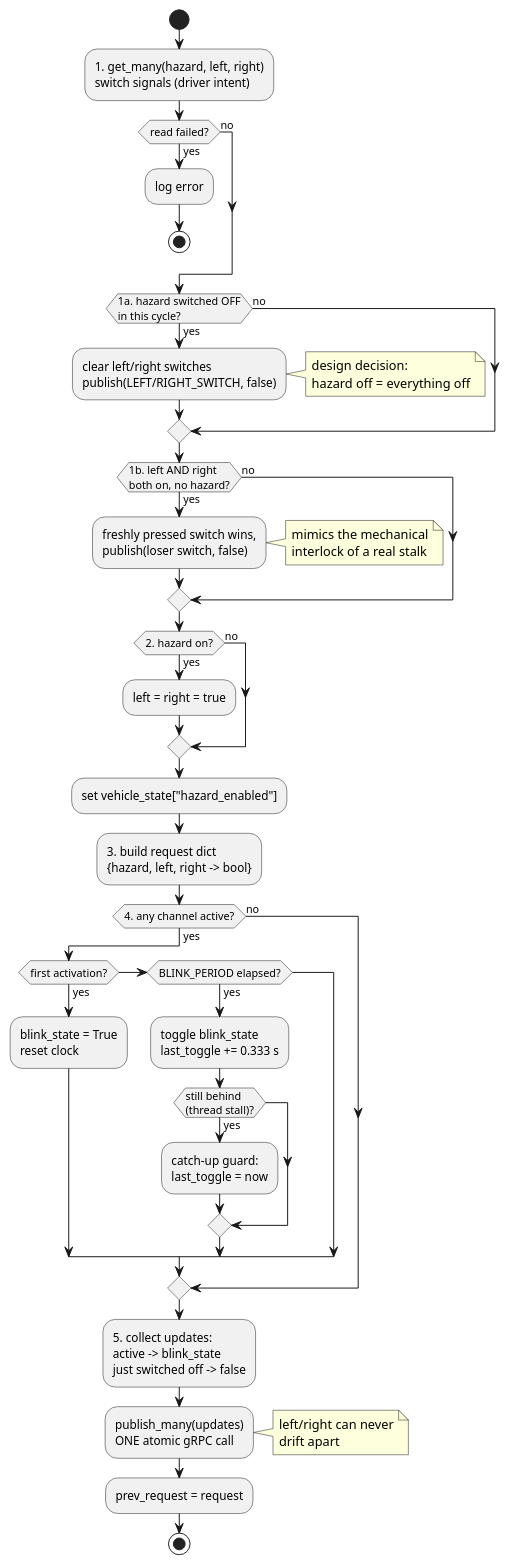
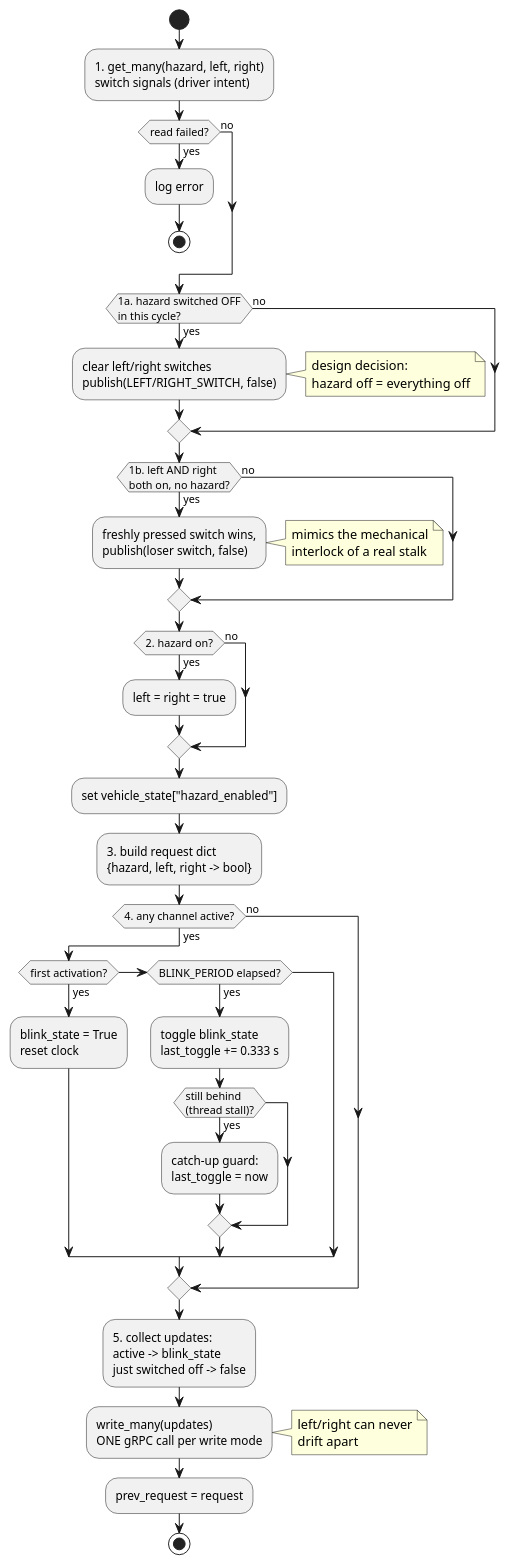
Before and after one commit to saskiazie/sdv_logic: the diagram in docs/activity_indicator_logic.puml, drawn with PlantUML. The commit also changed 10 other files, not shown here.

Commit message:
Add per-signal write mode for wired demonstrator

```diff
--- a/docs/activity_indicator_logic.puml
+++ b/docs/activity_indicator_logic.puml
@@ -1,67 +1,67 @@
 @startuml activity_indicator_logic
 ' Activity diagram of IndicatorLogic.run().
 ' Answers: what happens inside one 0.02 s cycle of the blinker logic?
 ' The step numbers match the comments in indicator_logic.py.
 
 skinparam defaultFontName sans-serif
 skinparam shadowing false
 
 start
 
 :1. get_many(hazard, left, right)\nswitch signals (driver intent);
 
 if (read failed?) then (yes)
   :log error;
   stop
 else (no)
 endif
 
 if (1a. hazard switched OFF\nin this cycle?) then (yes)
   :clear left/right switches\npublish(LEFT/RIGHT_SWITCH, false);
   note right
     design decision:
     hazard off = everything off
   end note
 else (no)
 endif
 
 if (1b. left AND right\nboth on, no hazard?) then (yes)
   :freshly pressed switch wins,\npublish(loser switch, false);
   note right: mimics the mechanical\ninterlock of a real stalk
 else (no)
 endif
 
 if (2. hazard on?) then (yes)
   :left = right = true;
 else (no)
 endif
 
 :set vehicle_state["hazard_enabled"];
 
 :3. build request dict\n{hazard, left, right -> bool};
 
 if (4. any channel active?) then (yes)
   if (first activation?) then (yes)
     :blink_state = True\nreset clock;
   elseif (BLINK_PERIOD elapsed?) then (yes)
     :toggle blink_state\nlast_toggle += 0.333 s;
     if (still behind\n(thread stall)?) then (yes)
       :catch-up guard:\nlast_toggle = now;
     endif
   endif
 else (no)
 endif
 
 :5. collect updates:\nactive -> blink_state\njust switched off -> false;
 
-:publish_many(updates)\nONE atomic gRPC call;
+:write_many(updates)\nONE gRPC call per write mode;
 note right
   left/right can never
   drift apart
 end note
 
 :prev_request = request;
 
 stop
 
 @enduml
```
